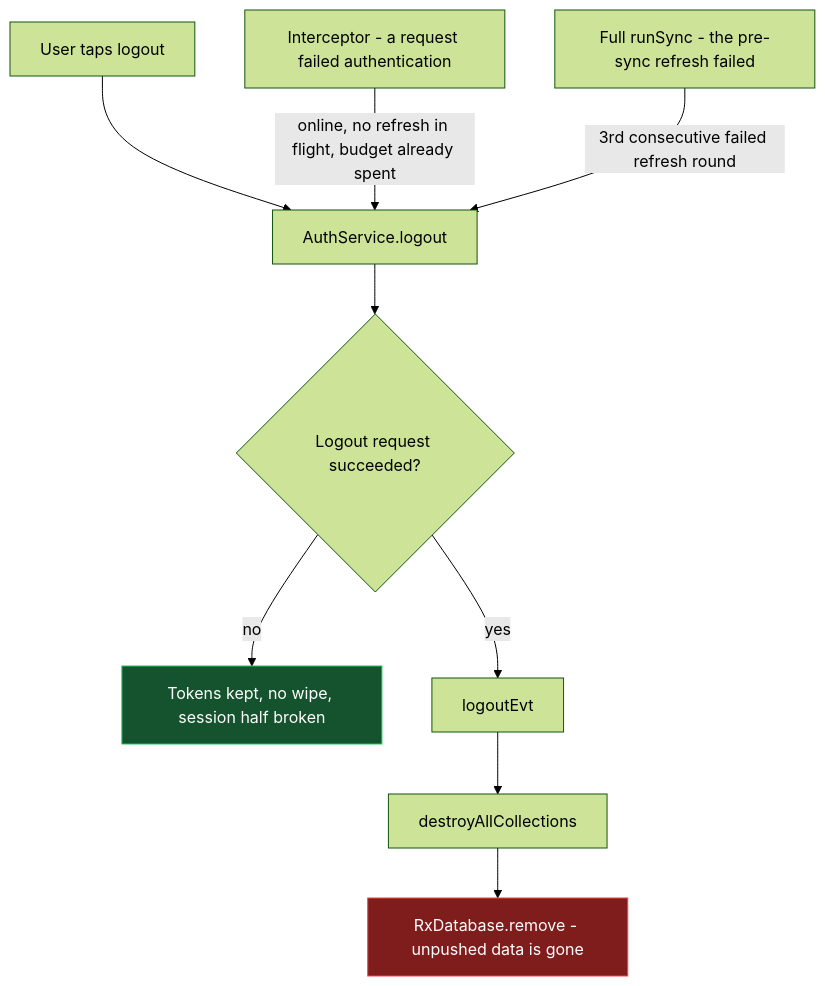
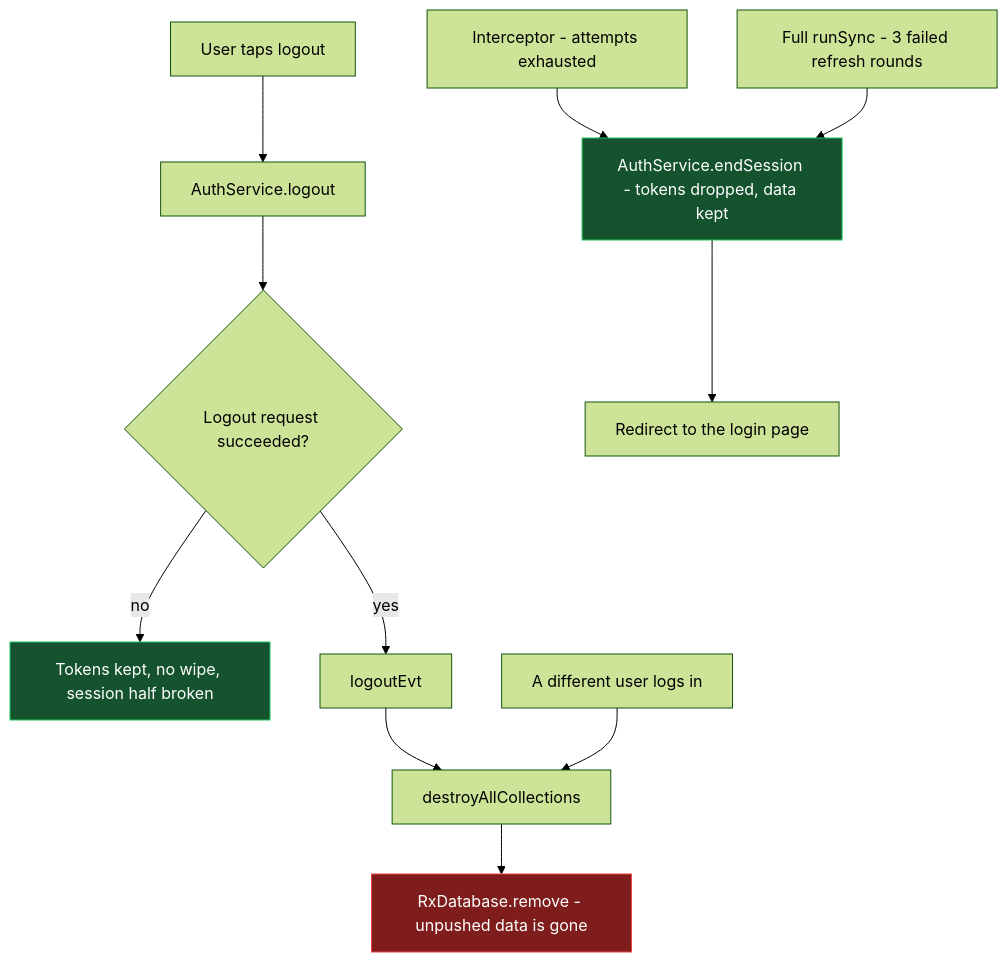
The first of 2 diagrams in SYNC.md (gnucoop/dino), drawn with Mermaid (forest theme) before and after one commit. The commit also changed other lines of this file and 7 other files, not shown here.

First line of the commit message:
fix: keep the local data when the app gives up on the session

````diff
--- a/SYNC.md
+++ b/SYNC.md
@@ -49,16 +50,19 @@
 ```mermaid
 flowchart TD
     U["User taps logout"] --> LO["AuthService.logout"]
-    IN["Interceptor - a request failed authentication"] -->|"online, no refresh in flight, budget already spent"| LO
-    SY["Full runSync - the pre-sync refresh failed"] -->|"3rd consecutive failed refresh round"| LO
     LO --> Q{"Logout request succeeded?"}
     Q -->|"no"| SAFE["Tokens kept, no wipe, session half broken"]
     Q -->|"yes"| EV["logoutEvt"]
     EV --> DAC["destroyAllCollections"]
+    OTHER["A different user logs in"] --> DAC
     DAC --> RM["RxDatabase.remove - unpushed data is gone"]
+
+    IN["Interceptor - attempts exhausted"] --> ES["AuthService.endSession - tokens dropped, data kept"]
+    SY["Full runSync - 3 failed refresh rounds"] --> ES
+    ES --> RD["Redirect to the login page"]
 
     classDef danger fill:#7f1d1d,stroke:#ef4444,color:#fff
     classDef safe fill:#14532d,stroke:#22c55e,color:#fff
     class RM danger
-    class SAFE safe
+    class SAFE,ES safe
 ```
````
